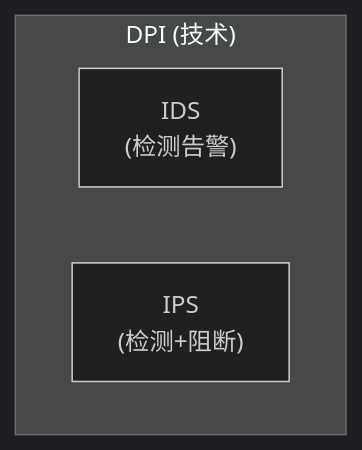
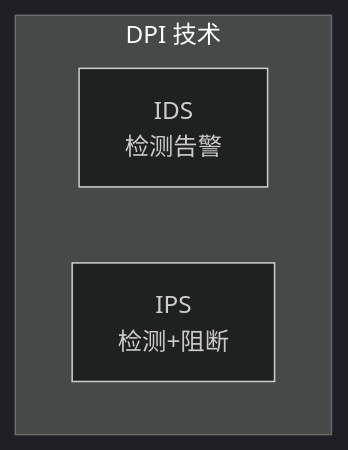
The first of 7 diagrams in content/articles/security/sec-07-深度包检测与入侵检测系统.md (jpixy/jpixy.github.io), drawn with Mermaid (dark theme) before and after one commit. The commit also changed other lines of this file and 66 other files, not shown here.

Commit message:
fix: resolve Mermaid syntax errors by removing parentheses in node labels

````diff
--- a/content/articles/security/sec-07-深度包检测与入侵检测系统.md
+++ b/content/articles/security/sec-07-深度包检测与入侵检测系统.md
@@ -27,7 +27,7 @@
 ```mermaid
 graph TB
-    subgraph DPI["DPI (技术)"]
-        IDS["IDS<br>(检测告警)"]
-        IPS["IPS<br>(检测+阻断)"]
+    subgraph DPI["DPI 技术"]
+        IDS["IDS<br>检测告警"]
+        IPS["IPS<br>检测+阻断"]
     end
 ```
````
